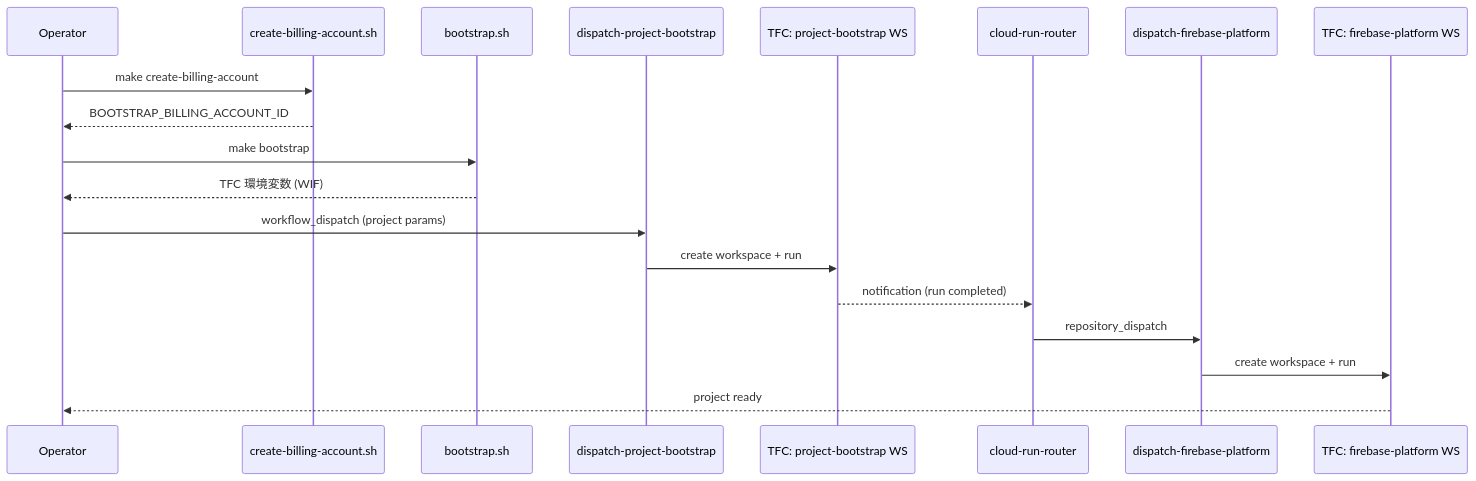
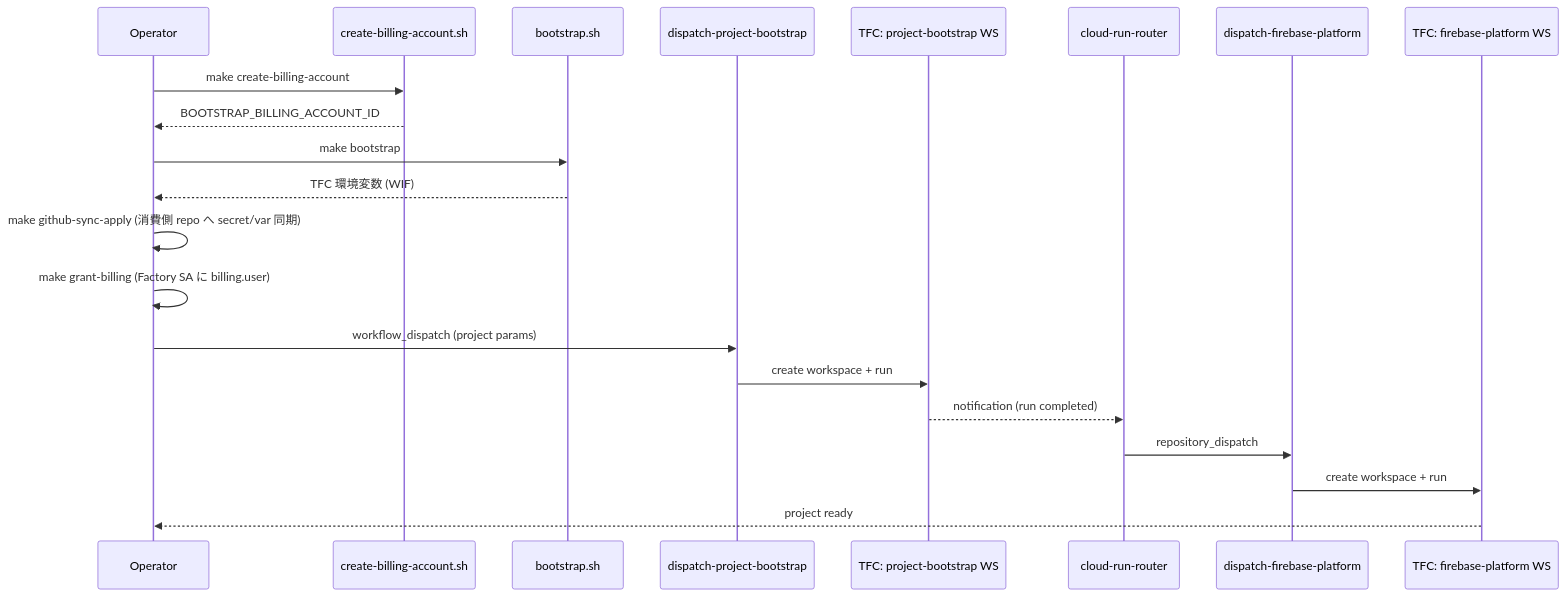
One commit to cilly-yllic/terraform-google-platform changed the diagram in docs/getting-started/README.md. Above: the diagram before and after it, drawn with Mermaid. The commit also changed other lines of this file and 10 other files, not shown here.

````diff
--- a/docs/getting-started/README.md
+++ b/docs/getting-started/README.md
@@ -9,22 +11,24 @@
 ```mermaid
 sequenceDiagram
     participant User as Operator
     participant Billing as create-billing-account.sh
     participant Bootstrap as bootstrap.sh
     participant GHA1 as dispatch-project-bootstrap
     participant TFC1 as TFC: project-bootstrap WS
     participant Router as cloud-run-router
     participant GHA2 as dispatch-firebase-platform
     participant TFC2 as TFC: firebase-platform WS
 
     User->>Billing: make create-billing-account
     Billing-->>User: BOOTSTRAP_BILLING_ACCOUNT_ID
     User->>Bootstrap: make bootstrap
     Bootstrap-->>User: TFC 環境変数 (WIF)
+    User->>User: make github-sync-apply (消費側 repo へ secret/var 同期)
+    User->>User: make grant-billing (Factory SA に billing.user)
     User->>GHA1: workflow_dispatch (project params)
     GHA1->>TFC1: create workspace + run
     TFC1-->>Router: notification (run completed)
     Router->>GHA2: repository_dispatch
     GHA2->>TFC2: create workspace + run
     TFC2-->>User: project ready
 ```
````
